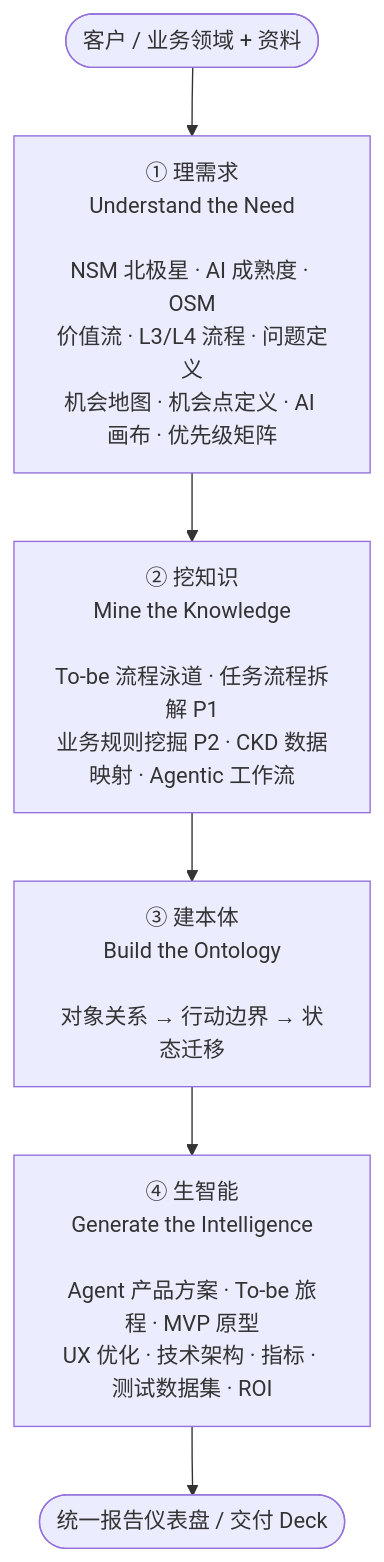
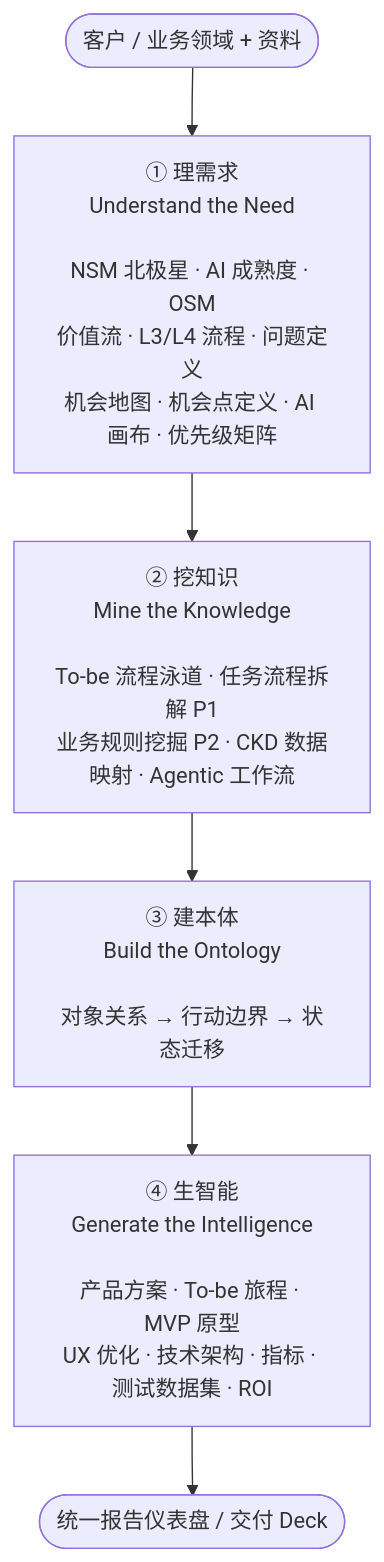
Before and after one commit to jkang/FDE-Toolkit: the first of 2 diagrams in README.md, drawn with Mermaid. The commit also changed other lines of this file and 24 other files, not shown here.

````diff
--- a/README.md
+++ b/README.md
@@ -19,9 +19,9 @@
 ```mermaid
 flowchart TD
     S(["客户 / 业务领域 + 资料"])
     S --> P1["① 理需求<br/>Understand the Need<br/><br/>NSM 北极星 · AI 成熟度 · OSM<br/>价值流 · L3/L4 流程 · 问题定义<br/>机会地图 · 机会点定义 · AI 画布 · 优先级矩阵"]
     P1 --> P2["② 挖知识<br/>Mine the Knowledge<br/><br/>To-be 流程泳道 · 任务流程拆解 P1<br/>业务规则挖掘 P2 · CKD 数据映射 · Agentic 工作流"]
     P2 --> P3["③ 建本体<br/>Build the Ontology<br/><br/>对象关系 → 行动边界 → 状态迁移"]
-    P3 --> P4["④ 生智能<br/>Generate the Intelligence<br/><br/>Agent 产品方案 · To-be 旅程 · MVP 原型<br/>UX 优化 · 技术架构 · 指标 · 测试数据集 · ROI"]
+    P3 --> P4["④ 生智能<br/>Generate the Intelligence<br/><br/>产品方案 · To-be 旅程 · MVP 原型<br/>UX 优化 · 技术架构 · 指标 · 测试数据集 · ROI"]
     P4 --> R(["统一报告仪表盘 / 交付 Deck"])
 ```
````
